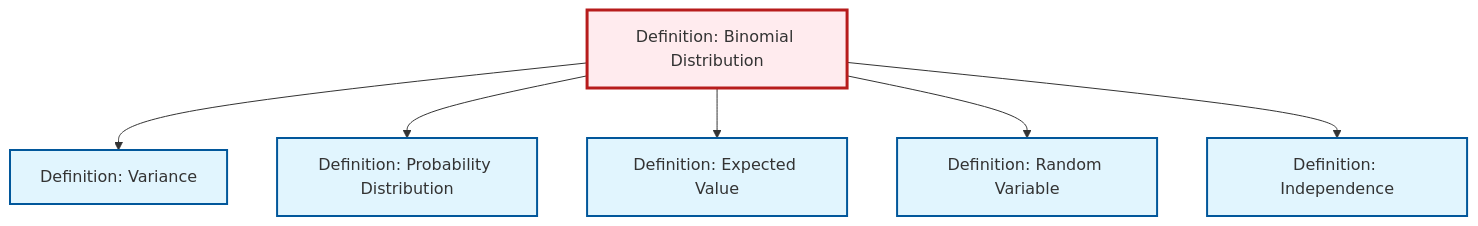
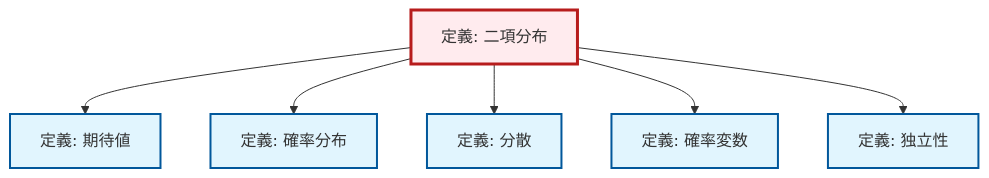
One commit to RK0429/ModernMath changed the diagram in content/ja/probability-statistics/def-binomial-distribution.qmd. Above: the diagram before and after it, drawn with Mermaid. The commit also changed 1069 other files, not shown here.

````diff
--- a/content/ja/probability-statistics/def-binomial-distribution.qmd
+++ b/content/ja/probability-statistics/def-binomial-distribution.qmd
@@ -127,26 +127,26 @@
 ```{mermaid}
 %%| fig-cap: "Local dependency graph"
 graph TD
     classDef definition fill:#e1f5fe,stroke:#01579b,stroke-width:2px
     classDef theorem fill:#f3e5f5,stroke:#4a148c,stroke-width:2px
     classDef axiom fill:#fff3e0,stroke:#e65100,stroke-width:2px
     classDef example fill:#e8f5e9,stroke:#1b5e20,stroke-width:2px
     classDef current fill:#ffebee,stroke:#b71c1c,stroke-width:3px
-    def-binomial-distribution["Definition: Binomial Distribution"]:::definition
-    def-expectation["Definition: Expected Value"]:::definition
-    def-probability-distribution["Definition: Probability Distribution"]:::definition
-    def-variance["Definition: Variance"]:::definition
-    def-random-variable["Definition: Random Variable"]:::definition
-    def-independence["Definition: Independence"]:::definition
+    def-expectation["定義: 期待値"]:::definition
+    def-binomial-distribution["定義: 二項分布"]:::definition
+    def-random-variable["定義: 確率変数"]:::definition
+    def-variance["定義: 分散"]:::definition
+    def-independence["定義: 独立性"]:::definition
+    def-probability-distribution["定義: 確率分布"]:::definition
+    def-binomial-distribution --> def-expectation
+    def-binomial-distribution --> def-probability-distribution
     def-binomial-distribution --> def-variance
-    def-binomial-distribution --> def-probability-distribution
-    def-binomial-distribution --> def-expectation
     def-binomial-distribution --> def-random-variable
     def-binomial-distribution --> def-independence
     class def-binomial-distribution current
-    click def-expectation "def-expectation.html" "Definition: Expected Valueへ"
-    click def-probability-distribution "def-probability-distribution.html" "Definition: Probability Distributionへ"
-    click def-variance "def-variance.html" "Definition: Varianceへ"
-    click def-random-variable "def-random-variable.html" "Definition: Random Variableへ"
-    click def-independence "def-independence.html" "Definition: Independenceへ"
+    click def-expectation "def-expectation.html" "期待値の定義へ"
+    click def-random-variable "def-random-variable.html" "確率変数の定義へ"
+    click def-variance "def-variance.html" "分散の定義へ"
+    click def-independence "def-independence.html" "独立性の定義へ"
+    click def-probability-distribution "def-probability-distribution.html" "確率分布の定義へ"
 ```
````
